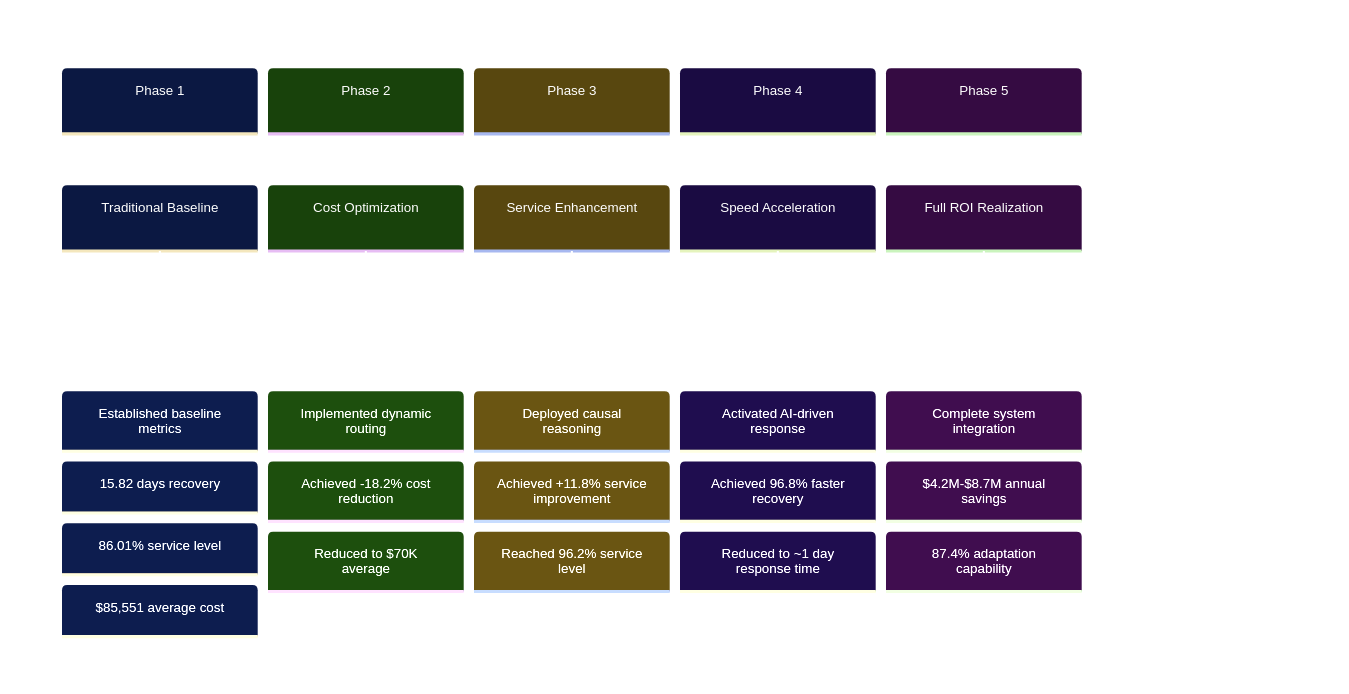
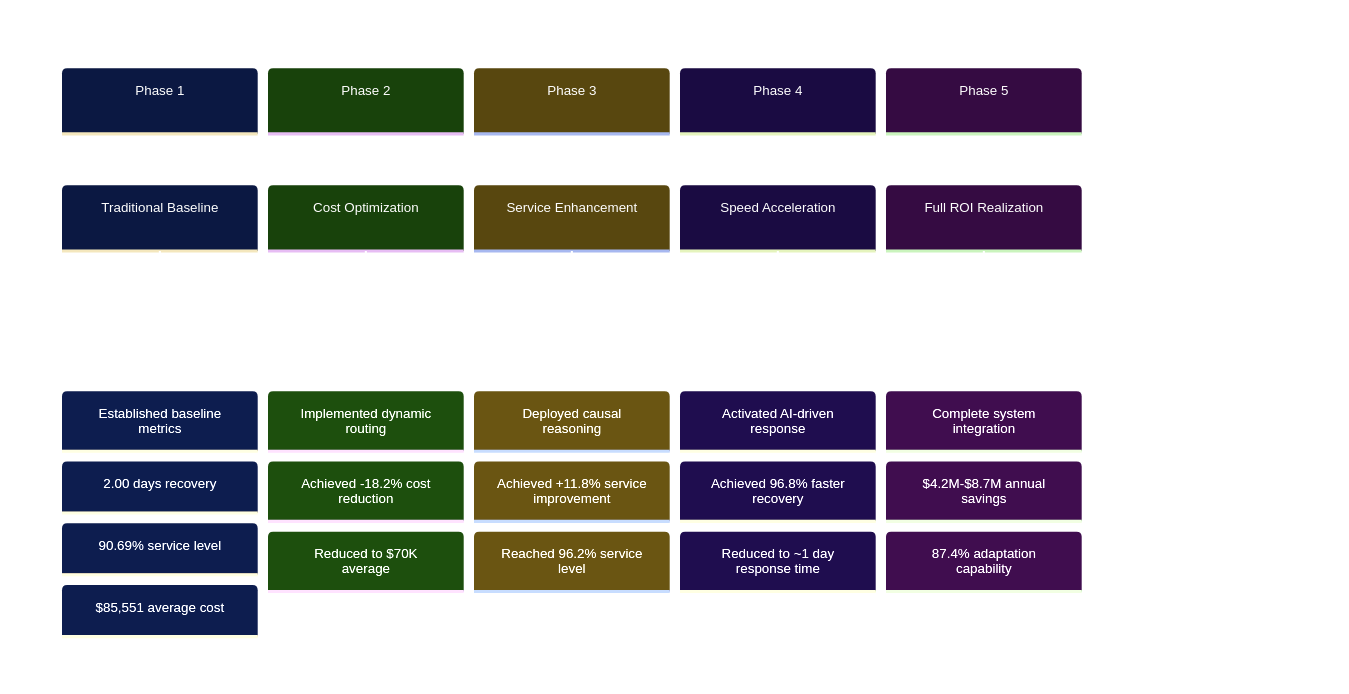
One commit to abhijit-ubale/JBL_stuff changed the third of 15 diagrams in README.md. Above: the diagram before and after it, drawn with Mermaid. The commit also changed other lines of this file and 43 other files, not shown here.

````diff
--- a/README.md
+++ b/README.md
@@ -141,43 +141,43 @@
 ```mermaid
 %%{init: {
   'theme': 'base',
   'themeVariables': {
     'primaryColor': '#1E40AF',
     'primaryTextColor': '#FFFFFF',
     'primaryBorderColor': '#1E3A8A',
     'lineColor': '#059669',
     'background': '#FFFFFF',
     'mainBkg': '#F8FAFC',
     'fontFamily': 'Inter, Arial, sans-serif',
     'fontSize': '13px'
   }
 }}%%
 timeline
     title ROI Achievement Milestones
     
     section Phase 1
         Traditional Baseline    : Established baseline metrics
-                               : 15.82 days recovery
-                               : 86.01% service level
+                               : 2.00 days recovery
+                               : 90.69% service level
                                : $85,551 average cost
     
     section Phase 2
         Cost Optimization      : Implemented dynamic routing
                               : Achieved -18.2% cost reduction
                               : Reduced to $70K average
     
     section Phase 3
         Service Enhancement    : Deployed causal reasoning
                               : Achieved +11.8% service improvement
                               : Reached 96.2% service level
     
     section Phase 4
         Speed Acceleration     : Activated AI-driven response
                               : Achieved 96.8% faster recovery
                               : Reduced to ~1 day response time
     
     section Phase 5
         Full ROI Realization   : Complete system integration
                               : $4.2M-$8.7M annual savings
                               : 87.4% adaptation capability
 ```
````
